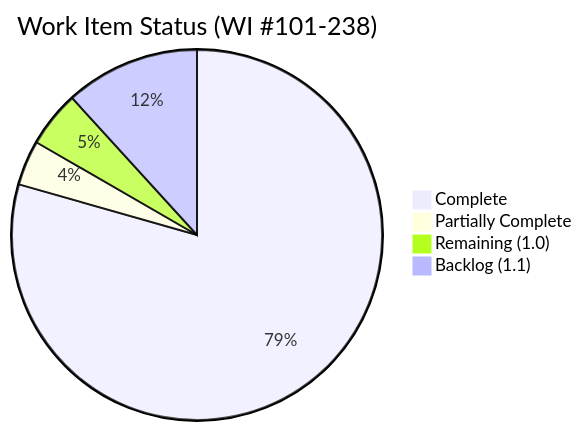
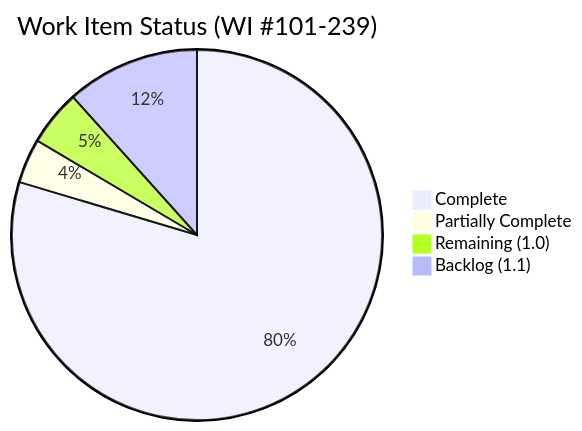
Before and after one commit to Remaker-Digital/groundtruth-kb: the first of 3 diagrams in docs/BACKLOG-NEW-WORK-ITEMS.md, drawn with Mermaid. The commit also changed other lines of this file and 20 other files, not shown here.

````diff
--- a/docs/BACKLOG-NEW-WORK-ITEMS.md
+++ b/docs/BACKLOG-NEW-WORK-ITEMS.md
@@ -15,7 +15,7 @@
 ```mermaid
-pie title Work Item Status (WI #101-238)
-    "Complete" : 81
+pie title Work Item Status (WI #101-239)
+    "Complete" : 82
     "Partially Complete" : 4
     "Remaining (1.0)" : 5
     "Backlog (1.1)" : 12
 ```
````
